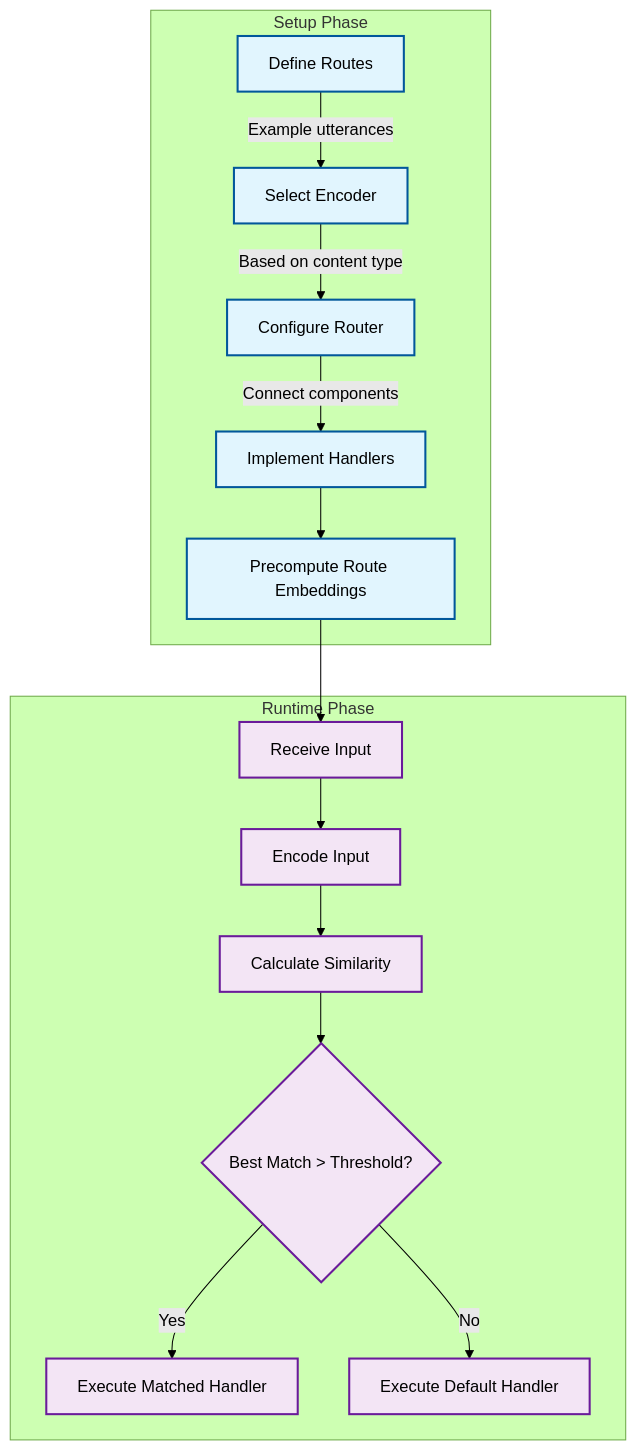
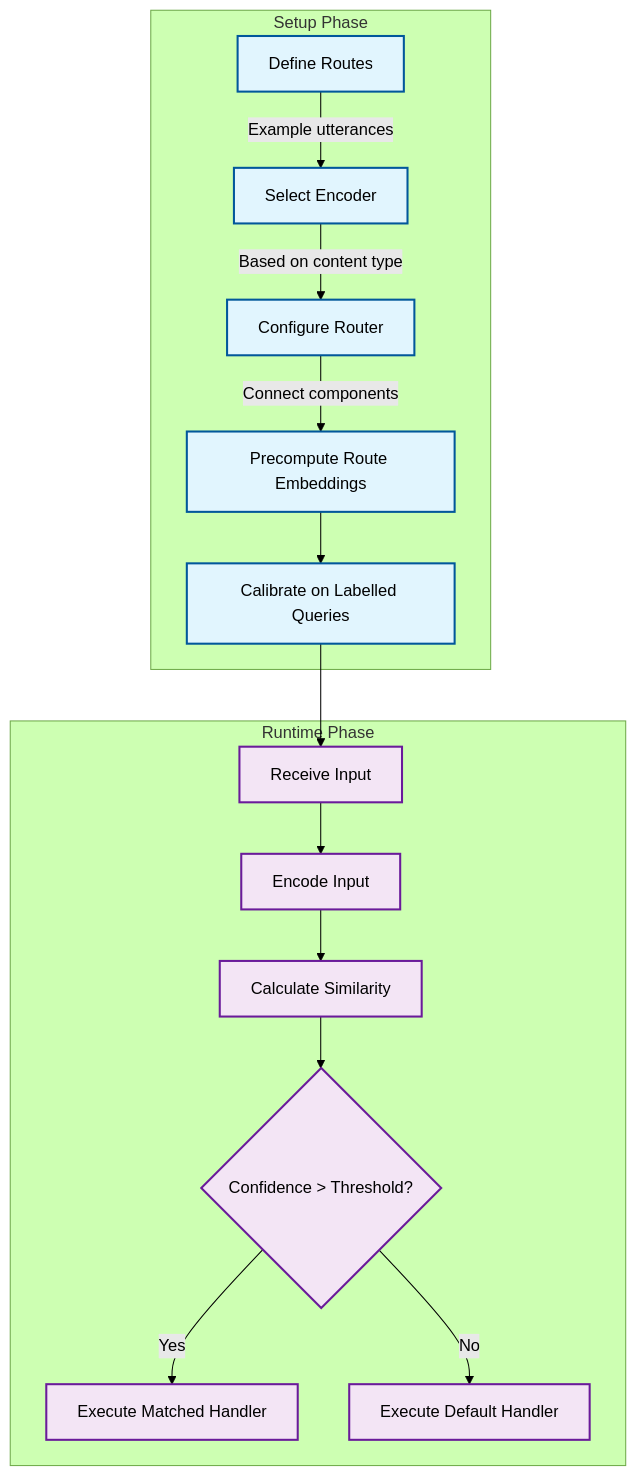
Before and after one commit to aurelio-labs/docs: the second of 2 diagrams in semantic-router/v1/user-guide/concepts/overview.mdx, drawn with Mermaid (forest theme). The commit also changed other lines of this file and 63 other files, not shown here.

````diff
--- a/semantic-router/v1/user-guide/concepts/overview.mdx
+++ b/semantic-router/v1/user-guide/concepts/overview.mdx
@@ -62,24 +72,24 @@
 ```mermaid
 flowchart TD
     subgraph Setup["Setup Phase"]
         A[Define Routes] --> |Example utterances| B[Select Encoder]
         B --> |Based on content type| C[Configure Router]
-        C --> |Connect components| D[Implement Handlers]
-        D --> E[Precompute Route Embeddings]
+        C --> |Connect components| E[Precompute Route Embeddings]
+        E --> D[Calibrate on Labelled Queries]
     end
     
     subgraph Runtime["Runtime Phase"]
         F[Receive Input] --> G[Encode Input]
         G --> H[Calculate Similarity]
-        H --> I{Best Match > Threshold?}
+        H --> I{Confidence > Threshold?}
         I -->|Yes| J[Execute Matched Handler]
         I -->|No| K[Execute Default Handler]
     end
     
-    E --> F
+    D --> F
     
     classDef setup fill:#e1f5fe,stroke:#01579b,stroke-width:2px
     classDef runtime fill:#f3e5f5,stroke:#6a1b9a,stroke-width:2px
     class A,B,C,D,E setup
     class F,G,H,I,J,K runtime
 ```
````
